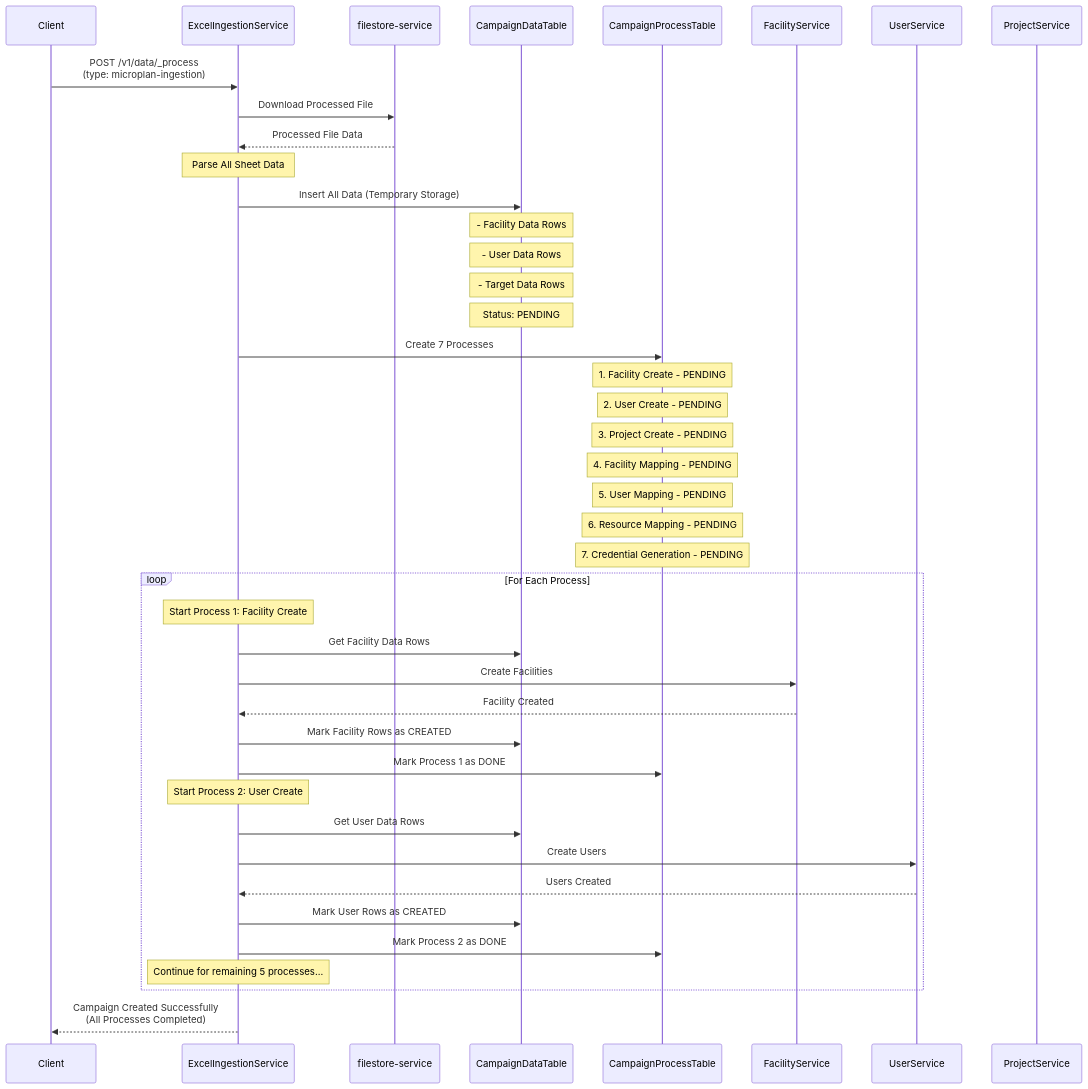
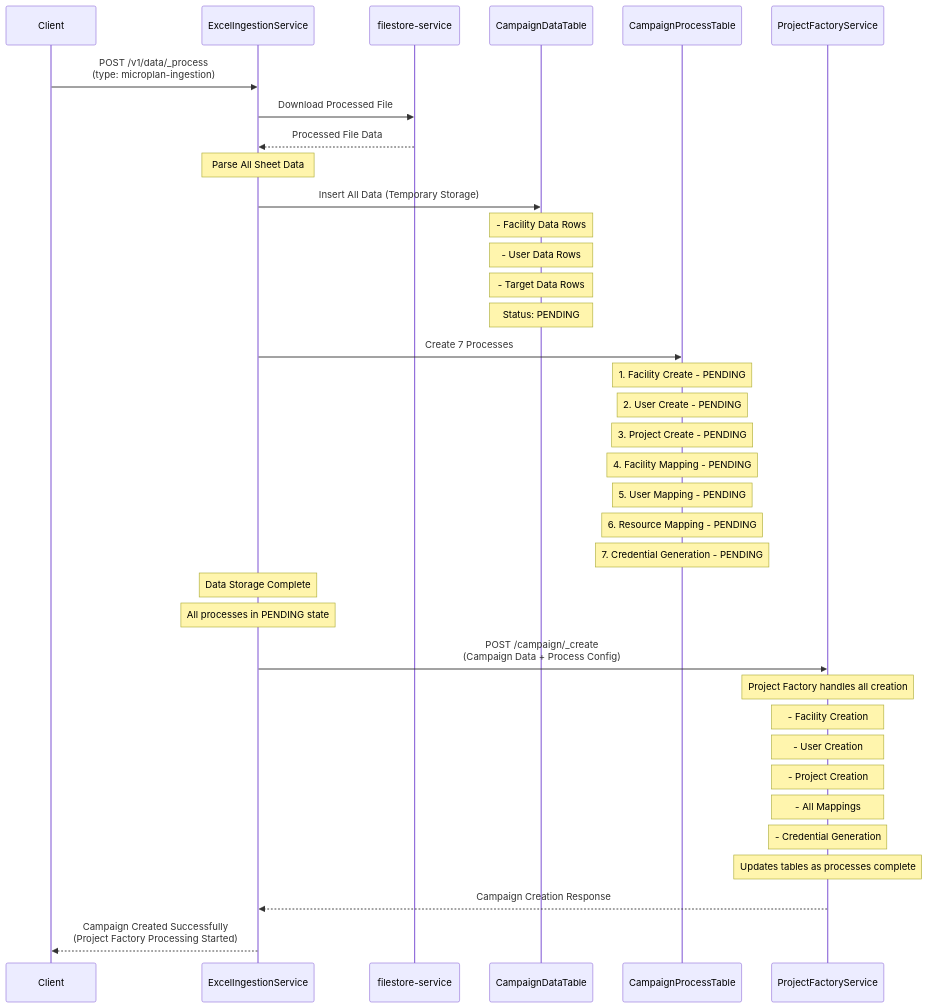
One commit to ashish-egov/campaign-whole-sheet-ingestion changed the third of 3 diagrams in DESIGN.md. Above: the diagram before and after it, drawn with Mermaid. The commit also changed other lines of this file, not shown here.

````diff
--- a/DESIGN.md
+++ b/DESIGN.md
@@ -66,53 +66,48 @@
 ```mermaid
 sequenceDiagram
     participant Client
     participant ExcelIngestionService
     participant filestore-service
     participant CampaignDataTable
     participant CampaignProcessTable
-    participant FacilityService
-    participant UserService
-    participant ProjectService
+    participant ProjectFactoryService
     
     Client->>ExcelIngestionService: POST /v1/data/_process<br/>(type: microplan-ingestion)
     
     ExcelIngestionService->>filestore-service: Download Processed File
     filestore-service-->>ExcelIngestionService: Processed File Data
     
     Note over ExcelIngestionService: Parse All Sheet Data
     
     ExcelIngestionService->>CampaignDataTable: Insert All Data (Temporary Storage)
     Note over CampaignDataTable: - Facility Data Rows
     Note over CampaignDataTable: - User Data Rows  
     Note over CampaignDataTable: - Target Data Rows
     Note over CampaignDataTable: Status: PENDING
     
     ExcelIngestionService->>CampaignProcessTable: Create 7 Processes
     Note over CampaignProcessTable: 1. Facility Create - PENDING
     Note over CampaignProcessTable: 2. User Create - PENDING
     Note over CampaignProcessTable: 3. Project Create - PENDING
     Note over CampaignProcessTable: 4. Facility Mapping - PENDING
     Note over CampaignProcessTable: 5. User Mapping - PENDING
     Note over CampaignProcessTable: 6. Resource Mapping - PENDING
     Note over CampaignProcessTable: 7. Credential Generation - PENDING
     
-    loop For Each Process
-        Note over ExcelIngestionService: Start Process 1: Facility Create
-        ExcelIngestionService->>CampaignDataTable: Get Facility Data Rows
-        ExcelIngestionService->>FacilityService: Create Facilities
-        FacilityService-->>ExcelIngestionService: Facility Created
-        ExcelIngestionService->>CampaignDataTable: Mark Facility Rows as CREATED
-        ExcelIngestionService->>CampaignProcessTable: Mark Process 1 as DONE
-        
-        Note over ExcelIngestionService: Start Process 2: User Create
-        ExcelIngestionService->>CampaignDataTable: Get User Data Rows
-        ExcelIngestionService->>UserService: Create Users
-        UserService-->>ExcelIngestionService: Users Created
-        ExcelIngestionService->>CampaignDataTable: Mark User Rows as CREATED
-        ExcelIngestionService->>CampaignProcessTable: Mark Process 2 as DONE
-        
-        Note over ExcelIngestionService: Continue for remaining 5 processes...
-    end
+    Note over ExcelIngestionService: Data Storage Complete
+    Note over ExcelIngestionService: All processes in PENDING state
     
-    ExcelIngestionService-->>Client: Campaign Created Successfully<br/>(All Processes Completed)
+    ExcelIngestionService->>ProjectFactoryService: POST /campaign/_create<br/>(Campaign Data + Process Config)
+    
+    Note over ProjectFactoryService: Project Factory handles all creation
+    Note over ProjectFactoryService: - Facility Creation
+    Note over ProjectFactoryService: - User Creation  
+    Note over ProjectFactoryService: - Project Creation
+    Note over ProjectFactoryService: - All Mappings
+    Note over ProjectFactoryService: - Credential Generation
+    Note over ProjectFactoryService: Updates tables as processes complete
+    
+    ProjectFactoryService-->>ExcelIngestionService: Campaign Creation Response
+    
+    ExcelIngestionService-->>Client: Campaign Created Successfully<br/>(Project Factory Processing Started)
 ```
````
